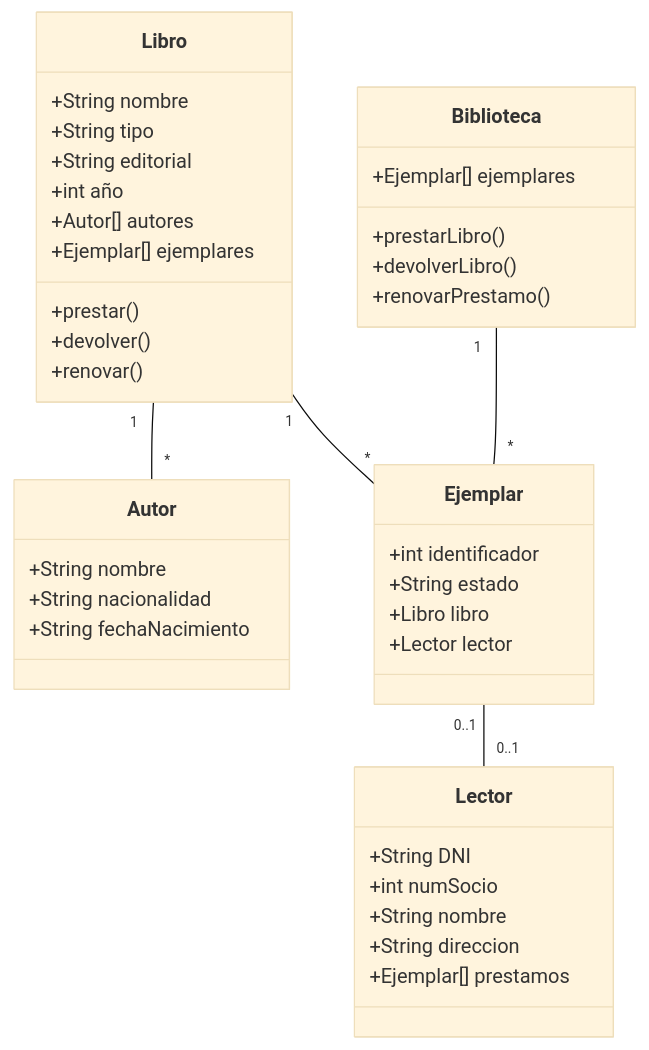
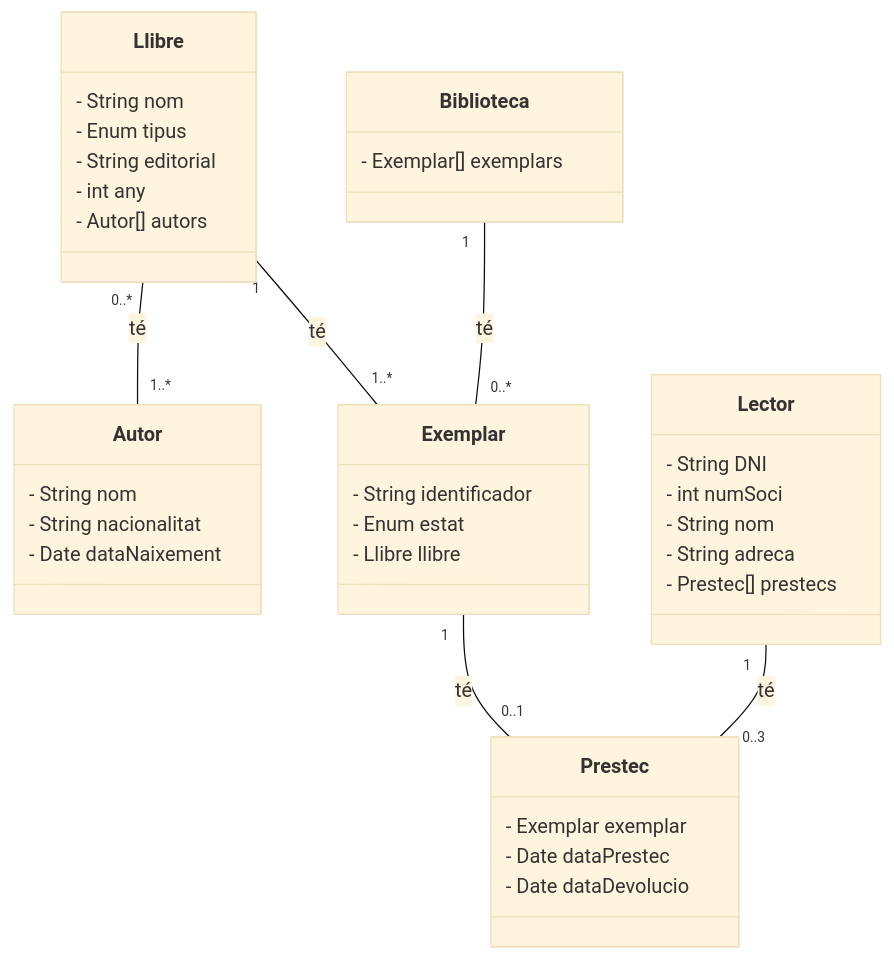
One commit to mmp3065/DiagramaRel changed the diagram in diagrama.md. Above: the diagram before and after it, drawn with Mermaid (base theme).

````diff
--- a/diagrama.md
+++ b/diagrama.md
@@ -1,48 +1,42 @@
 ```mermaid
 classDiagram
-    class Libro {
-        +String nombre
-        +String tipo
-        +String editorial
-        +int año
-        +Autor[] autores
-        +Ejemplar[] ejemplares
-        +prestar()
-        +devolver()
-        +renovar()
+    class Llibre {
+        - String nom
+        - Enum tipus
+        - String editorial
+        - int any
+        - Autor[] autors
+    }
+    class Autor {
+        - String nom
+        - String nacionalitat
+        - Date dataNaixement
+    }
+    class Exemplar {
+        - String identificador
+        - Enum estat
+        - Llibre llibre
+    }
+    class Biblioteca {
+        - Exemplar[] exemplars
+    }
+    class Lector {
+        - String DNI
+        - int numSoci
+        - String nom
+        - String adreca
+        - Prestec[] prestecs
+    }
+    class Prestec {
+        - Exemplar exemplar
+        - Date dataPrestec
+        - Date dataDevolucio
     }
 
-    class Biblioteca {
-        +Ejemplar[] ejemplares
-        +prestarLibro()
-        +devolverLibro()
-        +renovarPrestamo()
-    }
-
-    class Autor {
-        +String nombre
-        +String nacionalidad
-        +String fechaNacimiento
-    }
-
-    class Ejemplar {
-        +int identificador
-        +String estado
-        +Libro libro
-        +Lector lector
-    }
-
-    class Lector {
-        +String DNI
-        +int numSocio
-        +String nombre
-        +String direccion
-        +Ejemplar[] prestamos
-    }
-
-    Libro "1" -- "*" Autor
-    Libro "1" -- "*" Ejemplar
-    Biblioteca "1" -- "*" Ejemplar
-    Ejemplar "0..1" -- "0..1" Lector
+    Llibre "1" -- "1..*" Exemplar : té
+    Llibre "0..*" -- "1..*" Autor : té
+    Biblioteca "1" -- "0..*" Exemplar : té
+    Exemplar "1" -- "0..1" Prestec : té
+    Lector "1" -- "0..3" Prestec : té
 
 ```
````
